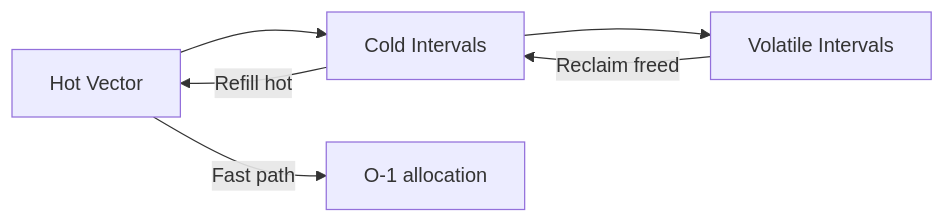
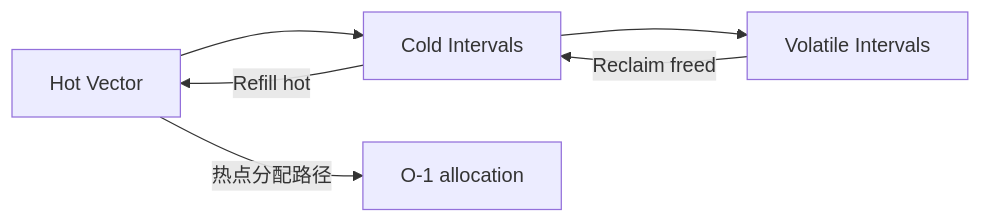
Before and after one commit to nexepic/zyx: the third of 3 diagrams in docs/apps/docs/content/docs/zh/zyx/algorithms/segment-allocation.mdx, drawn with Mermaid. The commit also changed 267 other files, not shown here.

````diff
--- a/docs/apps/docs/content/docs/zh/zyx/algorithms/segment-allocation.mdx
+++ b/docs/apps/docs/content/docs/zh/zyx/algorithms/segment-allocation.mdx
@@ -80,9 +80,9 @@
 ```mermaid
 graph LR
     A[Hot Vector] --> B[Cold Intervals]
     B --> C[Volatile Intervals]
 
-    A -->|Fast path| D[O-1 allocation]
+    A -->|热点分配路径| D[O-1 allocation]
     B -->|Refill hot| A
     C -->|Reclaim freed| B
 ```
````
